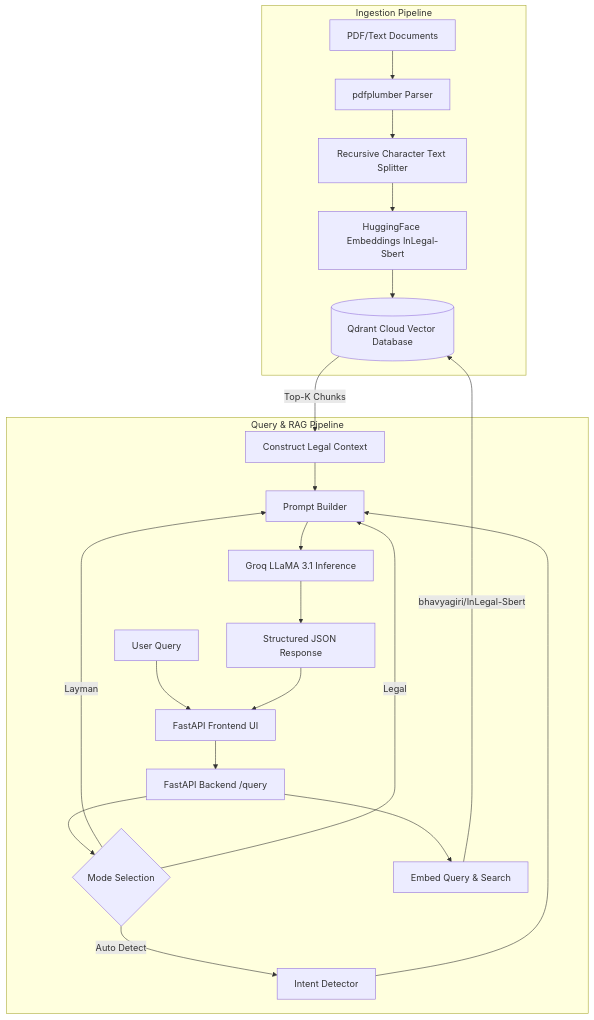
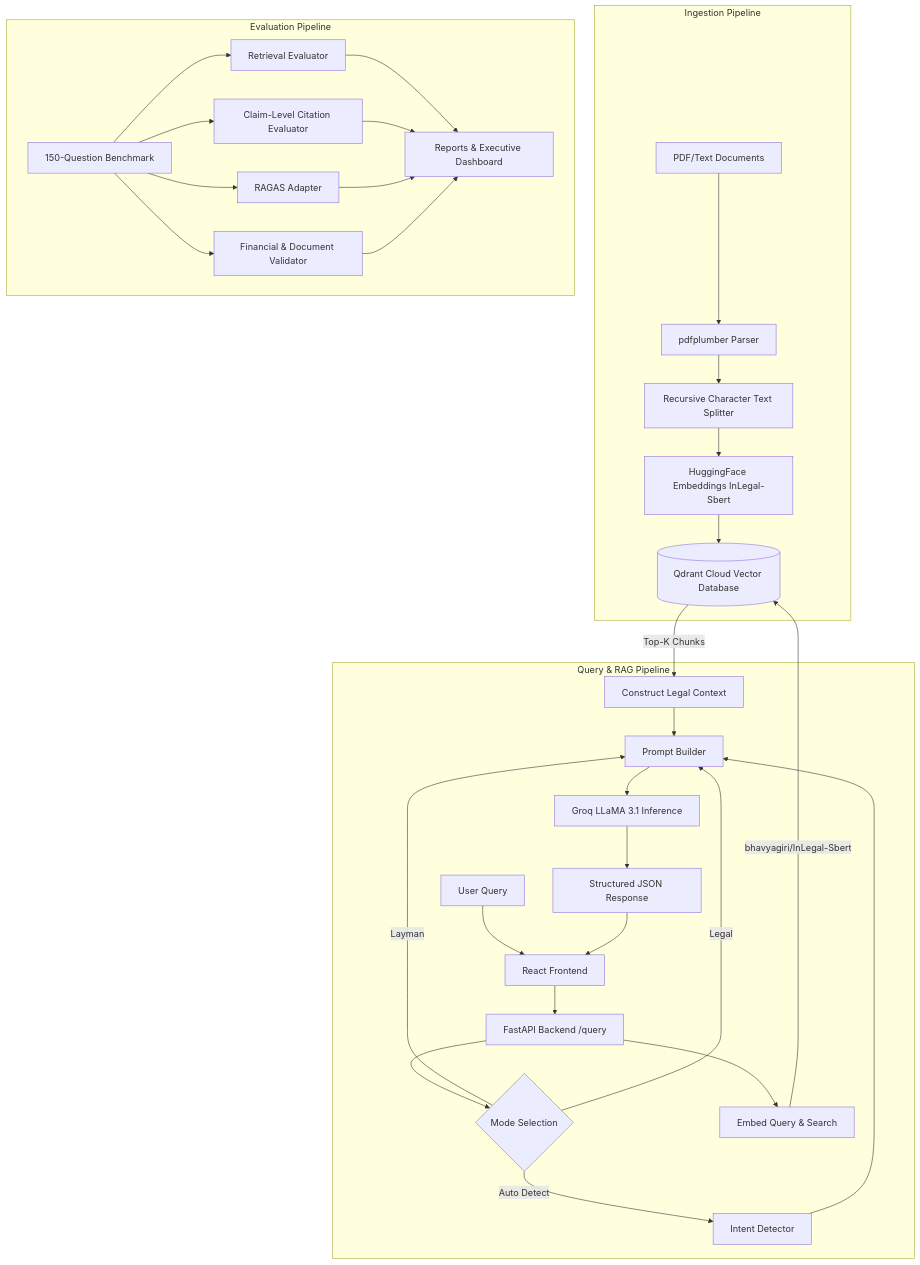
One commit to Vedarham/InLeagle01 changed the diagram in README.md. Above: the diagram before and after it, drawn with Mermaid. The commit also changed other lines of this file and 82 other files, not shown here.

````diff
--- a/README.md
+++ b/README.md
@@ -86,28 +123,39 @@
 ```mermaid
 graph TD
     subgraph Ingestion Pipeline
         A[PDF/Text Documents] --> B[pdfplumber Parser]
         B --> C[Recursive Character Text Splitter]
         C --> D[HuggingFace Embeddings InLegal-Sbert]
         D --> E[(Qdrant Cloud Vector Database)]
     end
 
     subgraph Query & RAG Pipeline
-        User[User Query] --> UI[FastAPI Frontend UI]
+        User[User Query] --> UI[React Frontend]
         UI --> API[FastAPI Backend /query]
         API --> Mode{Mode Selection}
-        Mode -->|Auto Detect| Intent[Intent Detector]
-        Mode -->|Layman| PromptBuilder[Prompt Builder]
-        Mode -->|Legal| PromptBuilder
+        Mode --> |Auto Detect| Intent[Intent Detector]
+        Mode --> |Layman| PromptBuilder[Prompt Builder]
+        Mode --> |Legal| PromptBuilder
         Intent --> PromptBuilder
         
         API --> Retrieve[Embed Query & Search]
-        Retrieve -->|bhavyagiri/InLegal-Sbert| E
-        E -->|Top-K Chunks| Context[Construct Legal Context]
+        Retrieve --> |bhavyagiri/InLegal-Sbert| E
+        E --> |Top-K Chunks| Context[Construct Legal Context]
         Context --> PromptBuilder
         
         PromptBuilder --> LLM[Groq LLaMA 3.1 Inference]
         LLM --> Response[Structured JSON Response]
         Response --> UI
     end
+
+    subgraph Evaluation Pipeline
+        Bench[150-Question Benchmark] --> RetEval[Retrieval Evaluator]
+        Bench --> CitEval[Claim-Level Citation Evaluator]
+        Bench --> RagasAdap[RAGAS Adapter]
+        Bench --> DocEval[Financial & Document Validator]
+        RetEval --> Summary[Reports & Executive Dashboard]
+        CitEval --> Summary
+        RagasAdap --> Summary
+        DocEval --> Summary
+    end
 ```
````
